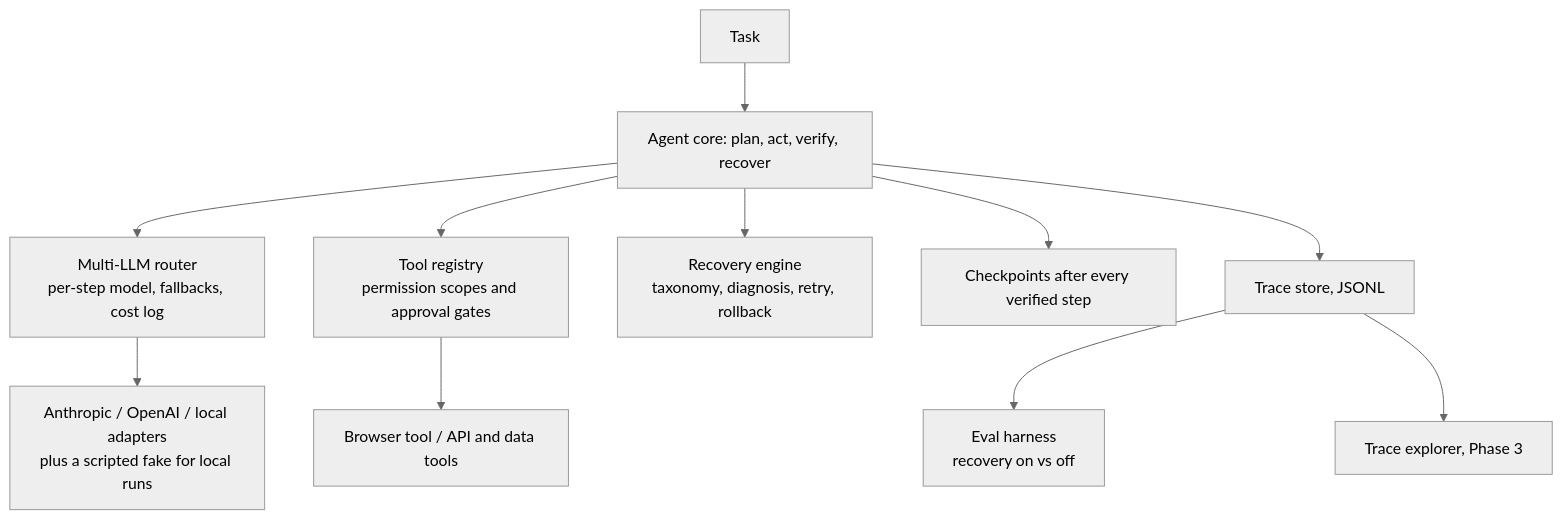
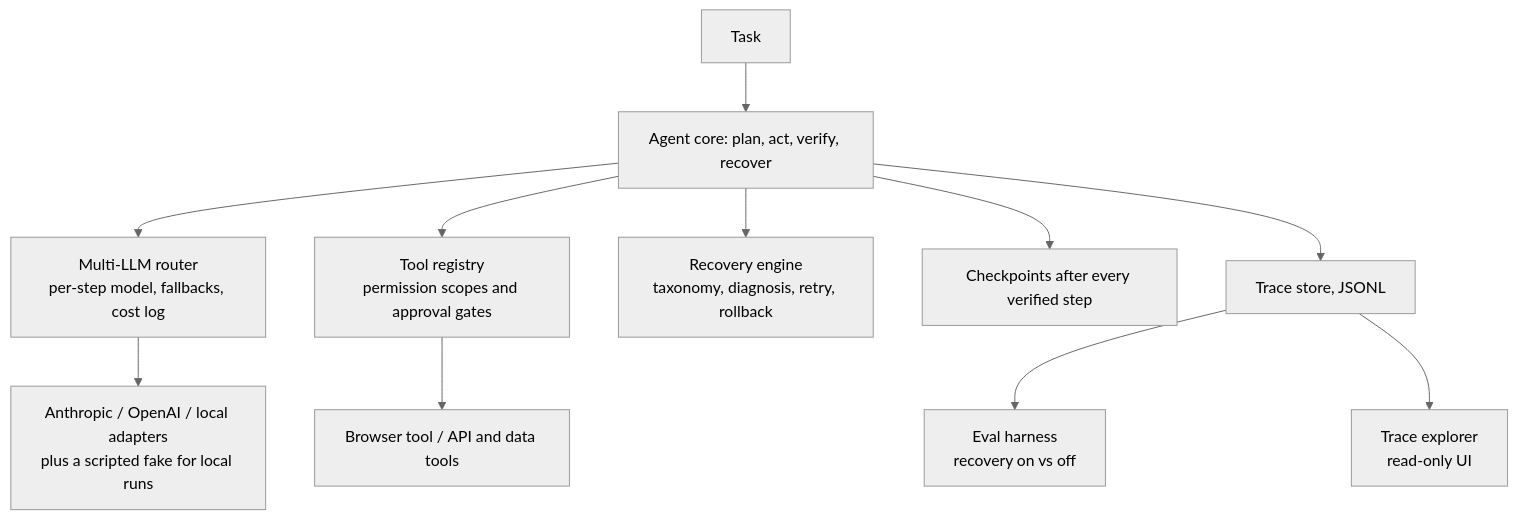
One commit to umeshlinga/aegis-agent changed the diagram in README.md. Above: the diagram before and after it, drawn with Mermaid (neutral theme). The commit also changed other lines of this file and 12 other files, not shown here.

Commit message:
Aegis Phase 3: read-only trace explorer over the JSONL store with generated demo trace set, three-beat walkthrough demo with narrated traces and presenter script, README case study with lineage and verbatim v2 results, 37 tests passing

````diff
--- a/README.md
+++ b/README.md
@@ -31,13 +201,13 @@
 ```mermaid
 flowchart TD
     T[Task] --> CORE[Agent core: plan, act, verify, recover]
     CORE --> ROUTER[Multi-LLM router<br/>per-step model, fallbacks, cost log]
     ROUTER --> MODELS[Anthropic / OpenAI / local adapters<br/>plus a scripted fake for local runs]
     CORE --> REG[Tool registry<br/>permission scopes and approval gates]
     REG --> TOOLS[Browser tool / API and data tools]
     CORE --> REC[Recovery engine<br/>taxonomy, diagnosis, retry, rollback]
     CORE --> CKPT[Checkpoints after every verified step]
     CORE --> TRACE[Trace store, JSONL]
     TRACE --> EVAL[Eval harness<br/>recovery on vs off]
-    TRACE --> EXPL[Trace explorer, Phase 3]
+    TRACE --> EXPL[Trace explorer<br/>read-only UI]
 ```
````
